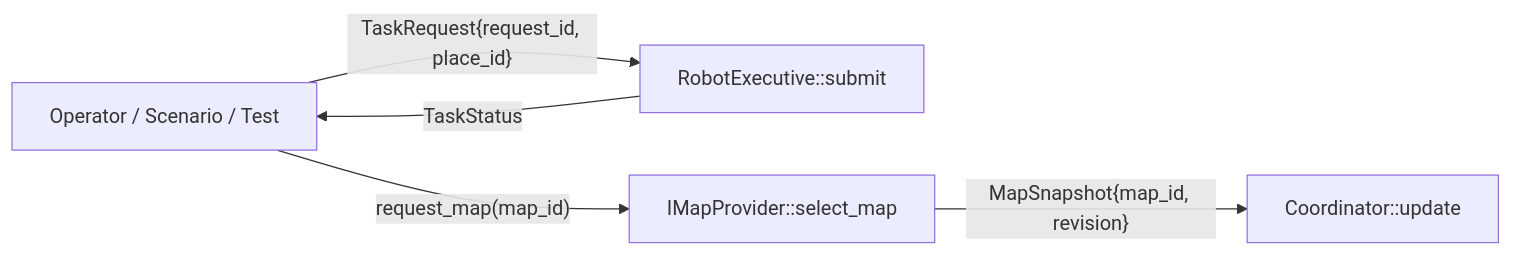
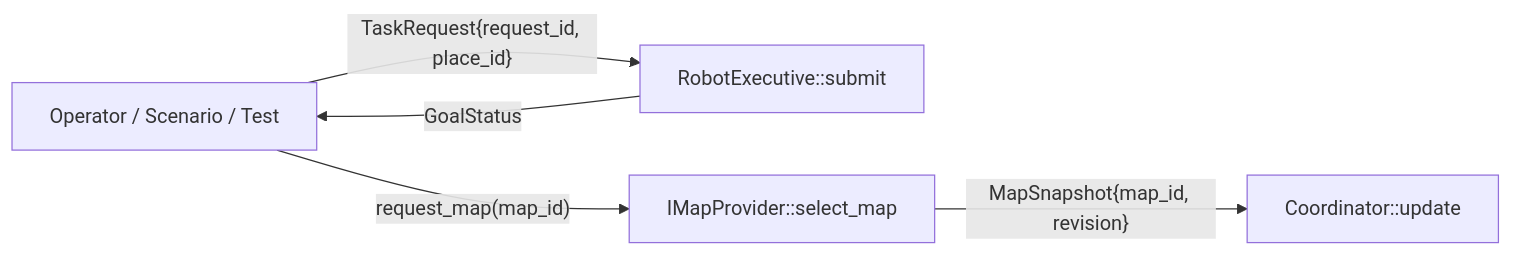
The fifth of 6 diagrams in docs/system-overview.md (Robin-1978/lost-signal), drawn with Mermaid before and after one commit. The commit also changed 49 other files, not shown here.

Commit message:
feat: global relocalization, pose-graph SLAM, MRE validator, async goals, conformance gate, chassis plugins

````diff
--- a/docs/system-overview.md
+++ b/docs/system-overview.md
@@ -134,7 +134,7 @@
 ```mermaid
 flowchart LR
   Op["Operator / Scenario / Test"] -->|"TaskRequest{request_id, place_id}"| Exe["RobotExecutive::submit"]
   Op -->|"request_map(map_id)"| Map["IMapProvider::select_map"]
-  Exe -->|"TaskStatus"| Op
+  Exe -->|"GoalStatus"| Op
   Map -->|"MapSnapshot{map_id, revision}"| Coord["Coordinator::update"]
 ```
````
